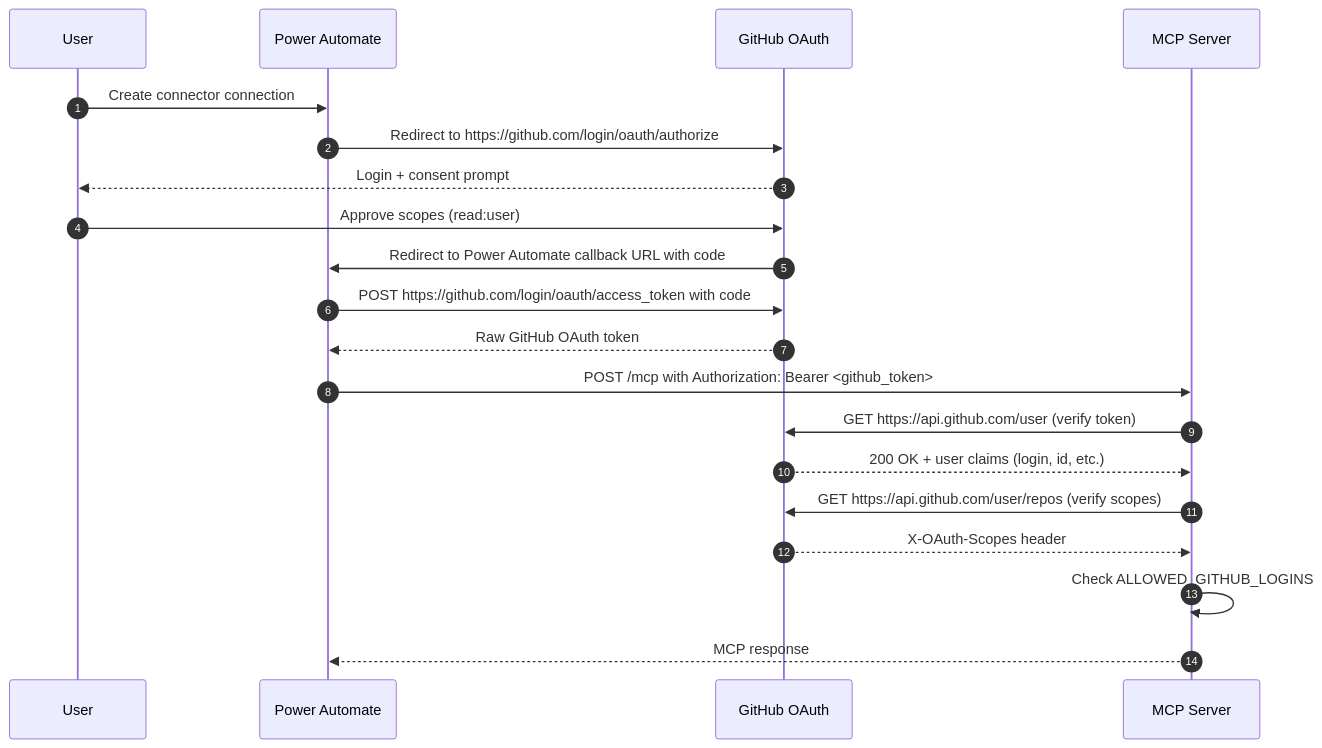
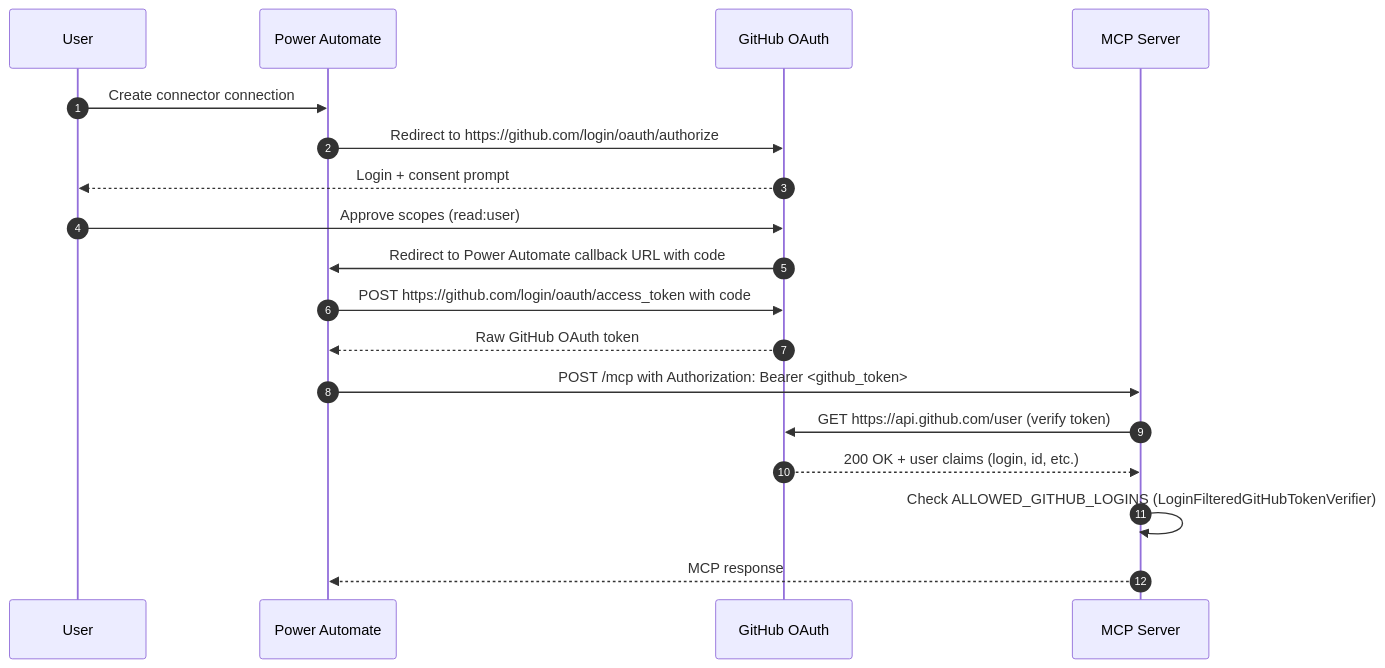
Before and after one commit to lqdflying/MCP-Sample: the second of 2 diagrams in docs/oauth-callback-workflows.md, drawn with Mermaid. The commit also changed other lines of this file and 9 other files, not shown here.

Commit message:
sync OAuth2.1 and 2.0 with latest fastMCP framwork

````diff
--- a/docs/oauth-callback-workflows.md
+++ b/docs/oauth-callback-workflows.md
@@ -86,23 +101,21 @@
 ```mermaid
 sequenceDiagram
     autonumber
     participant U as User
     participant PA as Power Automate
     participant GH as GitHub OAuth
     participant MCP as MCP Server
 
     U->>PA: Create connector connection
     PA->>GH: Redirect to https://github.com/login/oauth/authorize
     GH-->>U: Login + consent prompt
     U->>GH: Approve scopes (read:user)
     GH->>PA: Redirect to Power Automate callback URL with code
     PA->>GH: POST https://github.com/login/oauth/access_token with code
     GH-->>PA: Raw GitHub OAuth token
     PA->>MCP: POST /mcp with Authorization: Bearer <github_token>
     MCP->>GH: GET https://api.github.com/user (verify token)
     GH-->>MCP: 200 OK + user claims (login, id, etc.)
-    MCP->>GH: GET https://api.github.com/user/repos (verify scopes)
-    GH-->>MCP: X-OAuth-Scopes header
-    MCP->>MCP: Check ALLOWED_GITHUB_LOGINS
+    MCP->>MCP: Check ALLOWED_GITHUB_LOGINS (LoginFilteredGitHubTokenVerifier)
     MCP-->>PA: MCP response
 ```
````
